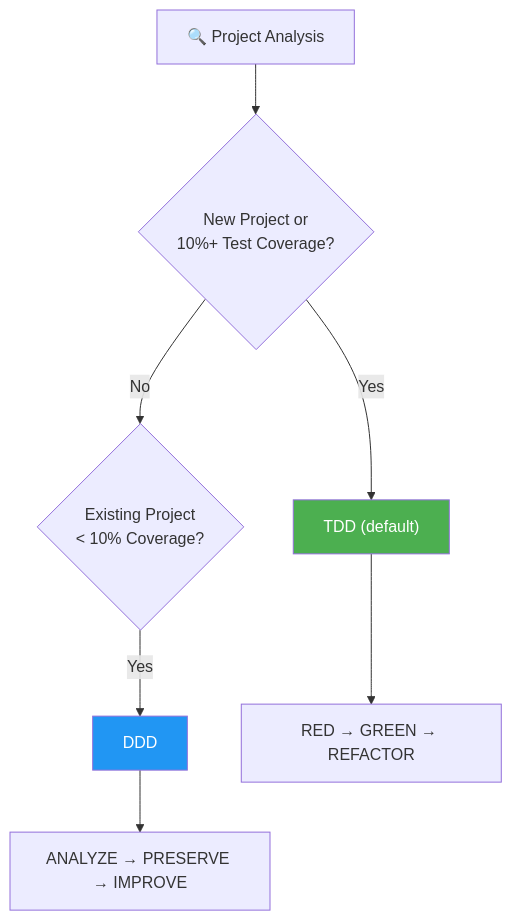
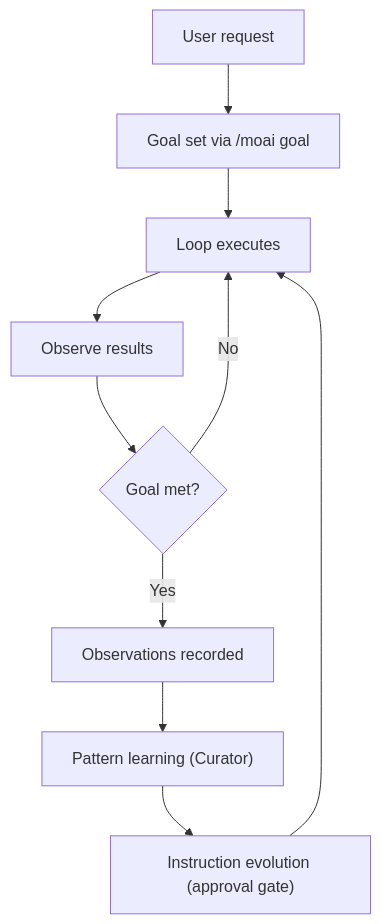
One commit to modu-ai/moai-adk changed the second of 5 diagrams in README.md. Above: the diagram before and after it, drawn with Mermaid. The commit also changed other lines of this file and 395 other files, not shown here.

````diff
--- a/README.md
+++ b/README.md
@@ -200,12 +282,12 @@
 ```mermaid
 flowchart TD
-    A["🔍 Project Analysis"] --> B{"New Project or<br/>10%+ Test Coverage?"}
-    B -->|"Yes"| C["TDD (default)"]
-    B -->|"No"| D{"Existing Project<br/>< 10% Coverage?"}
-    D -->|"Yes"| E["DDD"]
-    C --> F["RED → GREEN → REFACTOR"]
-    E --> G["ANALYZE → PRESERVE → IMPROVE"]
-
-    style C fill:#4CAF50,color:#fff
-    style E fill:#2196F3,color:#fff
+    A["User request"] --> B["Goal set via /moai goal"]
+    B --> C["Loop executes"]
+    C --> D["Observe results"]
+    D --> E{"Goal met?"}
+    E -->|"No"| C
+    E -->|"Yes"| F["Observations recorded"]
+    F --> G["Pattern learning (Curator)"]
+    G --> H["Instruction evolution (approval gate)"]
+    H --> C
 ```
````
